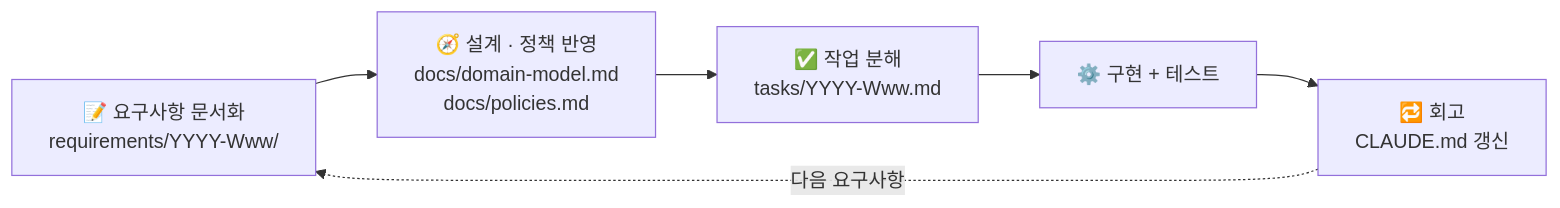
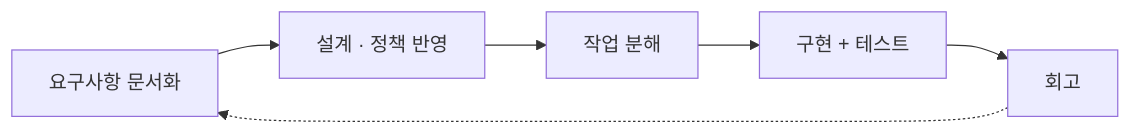
One commit to myeonnnn/my-workflow-init changed the first of 2 diagrams in README.md. Above: the diagram before and after it, drawn with Mermaid. The commit also changed other lines of this file, not shown here.

Commit message:
docs: AI workflow 다이어그램을 컴팩트하게 정리
노드마다 파일 경로/이모지를 넣어 다이어그램이 지나치게 커졌던 것을,
경로 설명은 아래 표/본문에 맡기고 다이어그램은 5단계 흐름만 짧게
보여주도록 축소

````diff
--- a/README.md
+++ b/README.md
@@ -7,8 +7,8 @@
 ```mermaid
 flowchart LR
-    A["📝 요구사항 문서화\nrequirements/YYYY-Www/"] --> B["🧭 설계 · 정책 반영\ndocs/domain-model.md\ndocs/policies.md"]
-    B --> C["✅ 작업 분해\ntasks/YYYY-Www.md"]
-    C --> D["⚙️ 구현 + 테스트"]
-    D --> E["🔁 회고\nCLAUDE.md 갱신"]
-    E -.다음 요구사항.-> A
+    A[요구사항 문서화] --> B[설계 · 정책 반영]
+    B --> C[작업 분해]
+    C --> D[구현 + 테스트]
+    D --> E[회고]
+    E -.-> A
 ```
````
